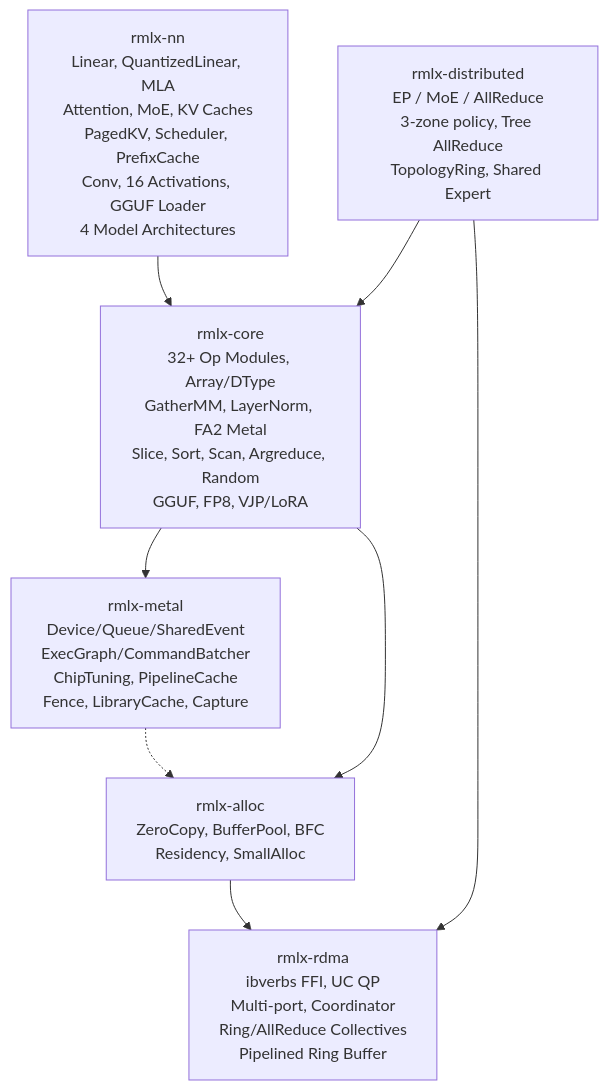
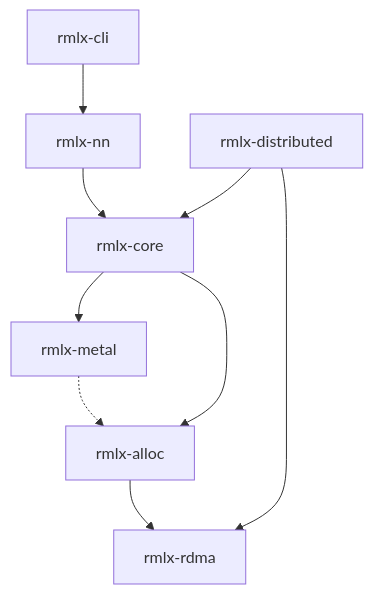
Before and after one commit to 0xDaizz/RMLX: the diagram in README.md, drawn with Mermaid. The commit also changed other lines of this file, not shown here.

````diff
--- a/README.md
+++ b/README.md
@@ -102,17 +79,19 @@
 ```mermaid
 graph TD
-    NN["rmlx-nn<br/>Linear, QuantizedLinear, MLA<br/>Attention, MoE, KV Caches<br/>PagedKV, Scheduler, PrefixCache<br/>Conv, 16 Activations, GGUF Loader<br/>4 Model Architectures"]
-    CORE["rmlx-core<br/>32+ Op Modules, Array/DType<br/>GatherMM, LayerNorm, FA2 Metal<br/>Slice, Sort, Scan, Argreduce, Random<br/>GGUF, FP8, VJP/LoRA"]
-    DIST["rmlx-distributed<br/>EP / MoE / AllReduce<br/>3-zone policy, Tree AllReduce<br/>TopologyRing, Shared Expert"]
-    METAL["rmlx-metal<br/>Device/Queue/SharedEvent<br/>ExecGraph/CommandBatcher<br/>ChipTuning, PipelineCache<br/>Fence, LibraryCache, Capture"]
-    ALLOC["rmlx-alloc<br/>ZeroCopy, BufferPool, BFC<br/>Residency, SmallAlloc"]
-    RDMA["rmlx-rdma<br/>ibverbs FFI, UC QP<br/>Multi-port, Coordinator<br/>Ring/AllReduce Collectives<br/>Pipelined Ring Buffer"]
+    NN[rmlx-nn]
+    CORE[rmlx-core]
+    DIST[rmlx-distributed]
+    METAL[rmlx-metal]
+    ALLOC[rmlx-alloc]
+    RDMA[rmlx-rdma]
+    CLI[rmlx-cli]
 
     NN --> CORE
     CORE --> METAL
     CORE --> ALLOC
     DIST --> CORE
     DIST --> RDMA
     ALLOC --> RDMA
     METAL -.-> ALLOC
+    CLI --> NN
 ```
````
